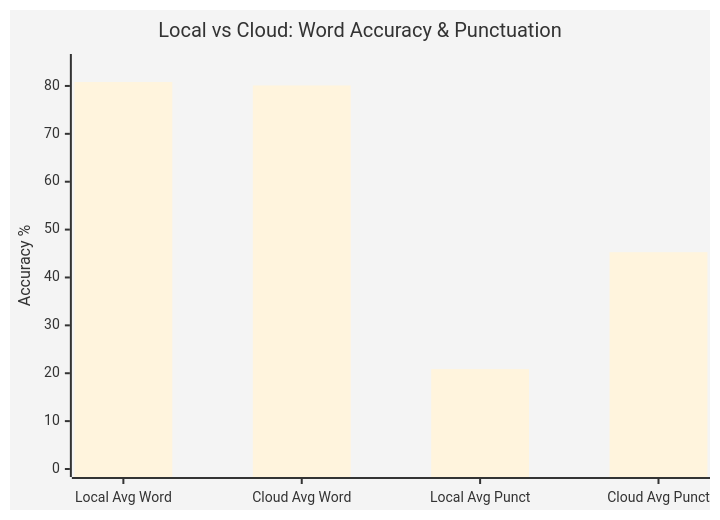
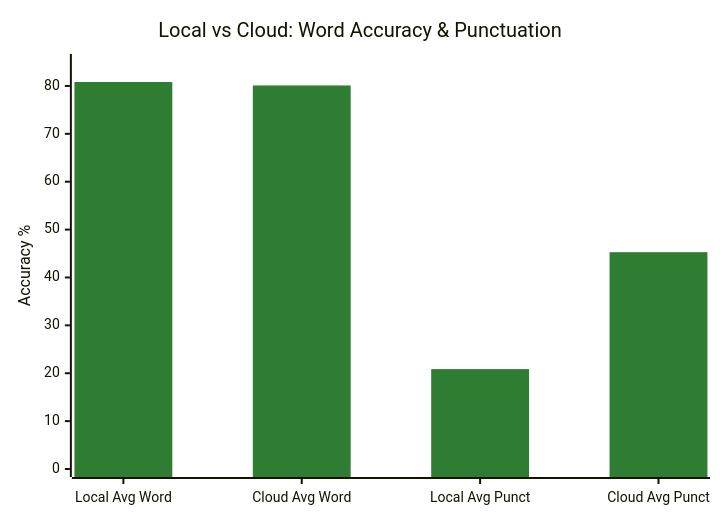
Before and after one commit to danielrosehill/Long-Form-Audio-Eval: the fourth of 4 diagrams in README.md, drawn with Mermaid. The commit also changed other lines of this file, not shown here.

````diff
--- a/README.md
+++ b/README.md
@@ -75,8 +81,8 @@
 ```mermaid
-%%{init: {'theme':'base'}}%%
+%%{init: {'theme':'base', 'themeVariables': {'xyChart': {'plotColorPalette': '#2E7D32, #1976D2, #2E7D32, #1976D2'}}}}%%
 xychart-beta
     title "Local vs Cloud: Word Accuracy & Punctuation"
     x-axis ["Local Avg Word", "Cloud Avg Word", "Local Avg Punct", "Cloud Avg Punct"]
     y-axis "Accuracy %" 0 --> 85
     bar [80.82, 80.10, 20.86, 45.28]
 ```
````
